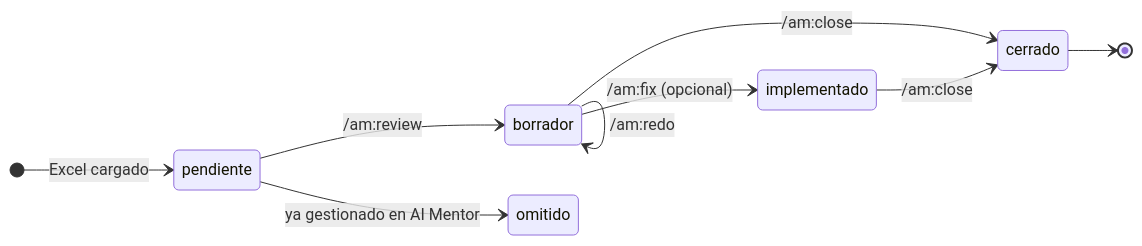
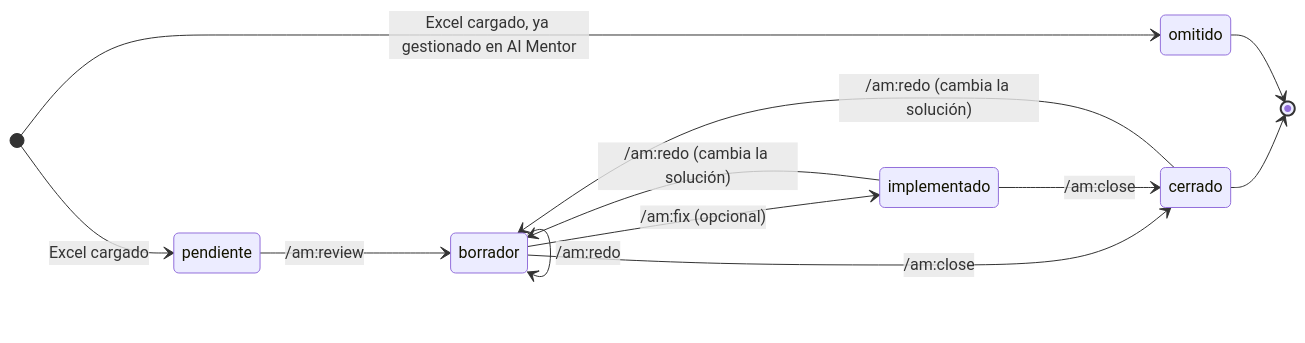
The diagram in README.md (nuki23/am-plugin), drawn with Mermaid before and after one commit. The commit also changed other lines of this file and 8 other files, not shown here.

````diff
--- a/README.md
+++ b/README.md
@@ -78,12 +78,15 @@
 ```mermaid
 stateDiagram-v2
     direction LR
     [*] --> pendiente: Excel cargado
-    pendiente --> borrador: /am:review
-    borrador --> implementado: /am:fix (opcional)
-    borrador --> cerrado: /am:close
-    implementado --> cerrado: /am:close
-    borrador --> borrador: /am:redo
-    pendiente --> omitido: ya gestionado en AI Mentor
+    [*] --> omitido: Excel cargado, ya gestionado en AI Mentor
+    pendiente --> borrador: /am#58;review
+    borrador --> implementado: /am#58;fix (opcional)
+    borrador --> cerrado: /am#58;close
+    implementado --> cerrado: /am#58;close
+    borrador --> borrador: /am#58;redo
+    implementado --> borrador: /am#58;redo (cambia la solución)
+    cerrado --> borrador: /am#58;redo (cambia la solución)
     cerrado --> [*]
+    omitido --> [*]
 ```
````
